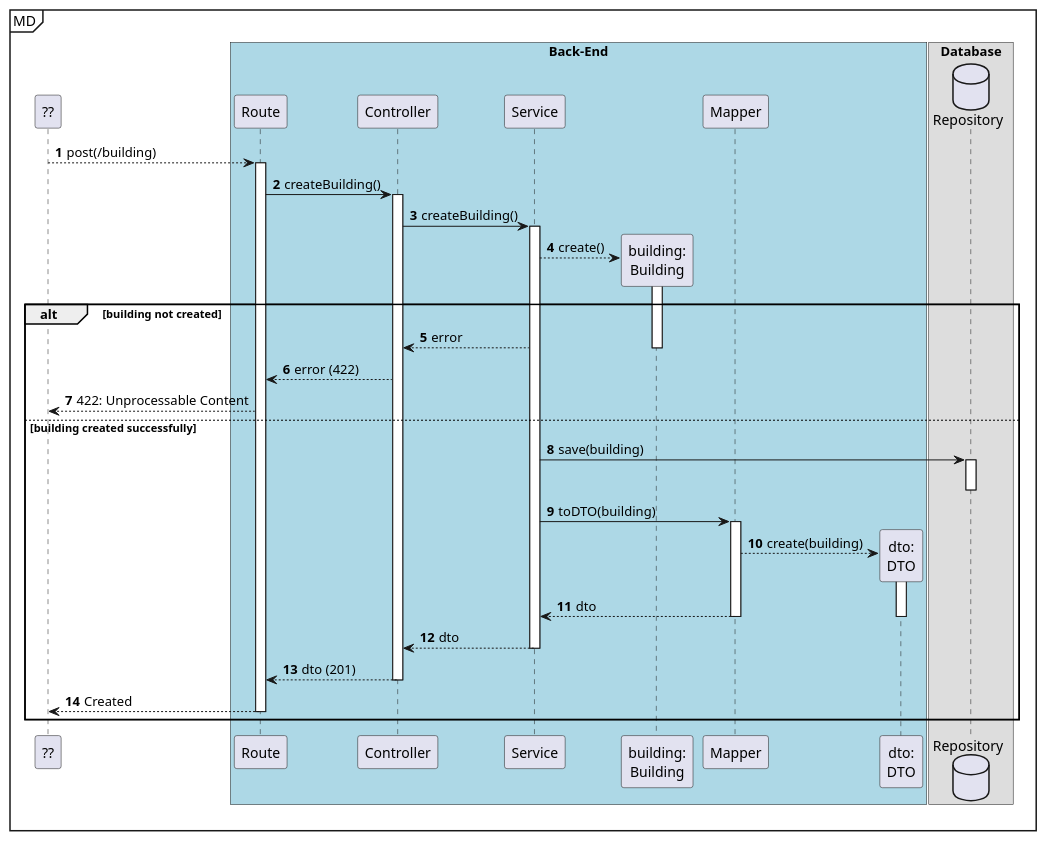
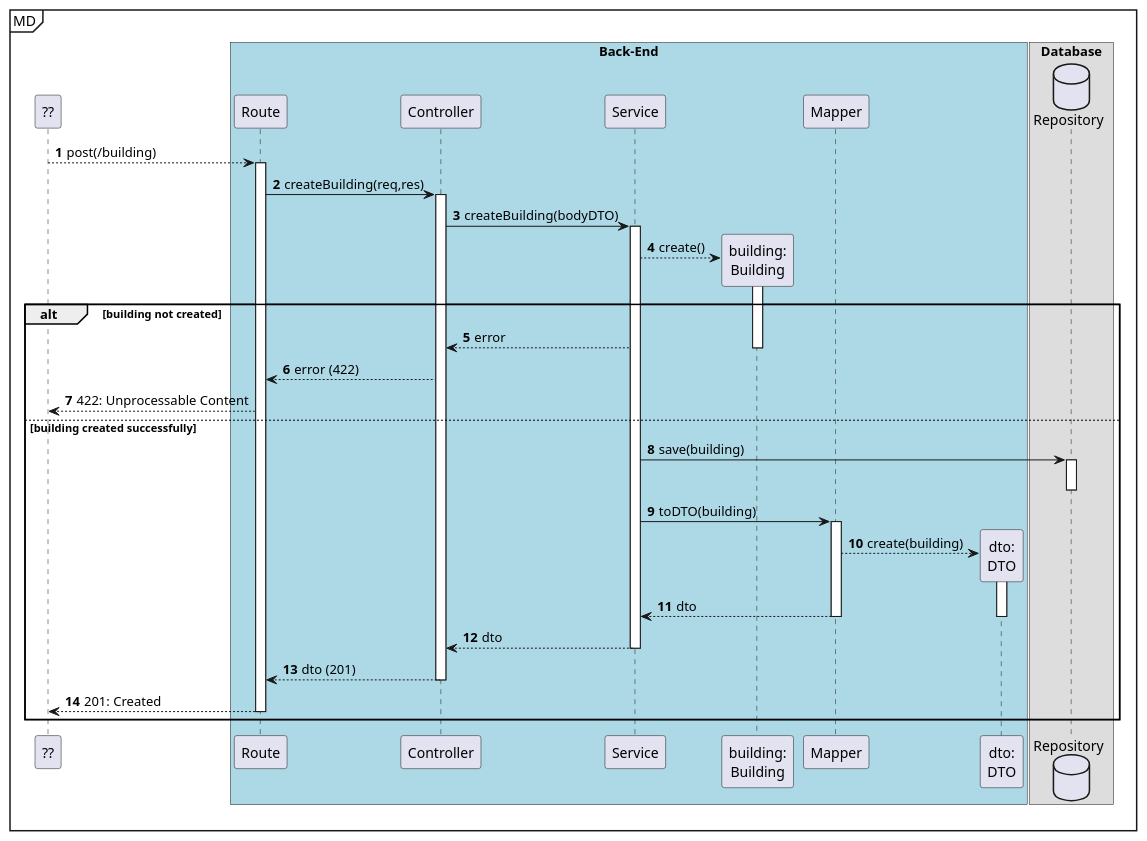
The diagram in docs/us150/level3/process-view.puml (Departamento-de-Engenharia-Informatica/lapr5-23-24-g19), drawn with PlantUML before and after one commit. The commit also changed 9 other files, not shown here.

```diff
--- a/docs/us150/level3/process-view.puml
+++ b/docs/us150/level3/process-view.puml
@@ -1,66 +1,66 @@
 @startuml
 autonumber
 
 participant "??" as ui
 mainframe MD
 box "Back-End" #LightBlue
 
 participant "Route" as r
 participant "Controller" as ctrl
 participant "Service" as svc
 
 participant "building:\nBuilding" as b
 participant "Mapper" as map
 participant "dto:\nDTO" as dto
 end box
 box "Database"
 database "Repository" as repo
 end box
 
 'activate ui
 ui --> r: post(/building)
 
     activate r
-        r -> ctrl : createBuilding()
+        r -> ctrl : createBuilding(req,res)
             activate ctrl
-                ctrl -> svc : createBuilding()
+                ctrl -> svc : createBuilding(bodyDTO)
                 activate svc
 
                     svc --> b **: create()
                     activate b
 
 
                     alt building not created
                         svc --> ctrl : error
                         deactivate b
                         ctrl --> r : error (422)
                         r --> ui : 422: Unprocessable Content
                     else building created successfully
                     svc -> repo : save(building)
                     activate repo
                     deactivate repo
 
                     svc -> map : toDTO(building)
                     activate map
                         map --> dto **: create(building)
                         activate dto
 
                         map --> svc : dto
                         deactivate dto
                     deactivate map
 
                     svc --> ctrl : dto
                 deactivate svc
 
                 ctrl --> r : dto (201)
             deactivate ctrl
 
 
 
 
-    r --> ui: Created
+    r --> ui: 201: Created
 deactivate r
     end
 'deactivate ui
 
 @enduml
```
